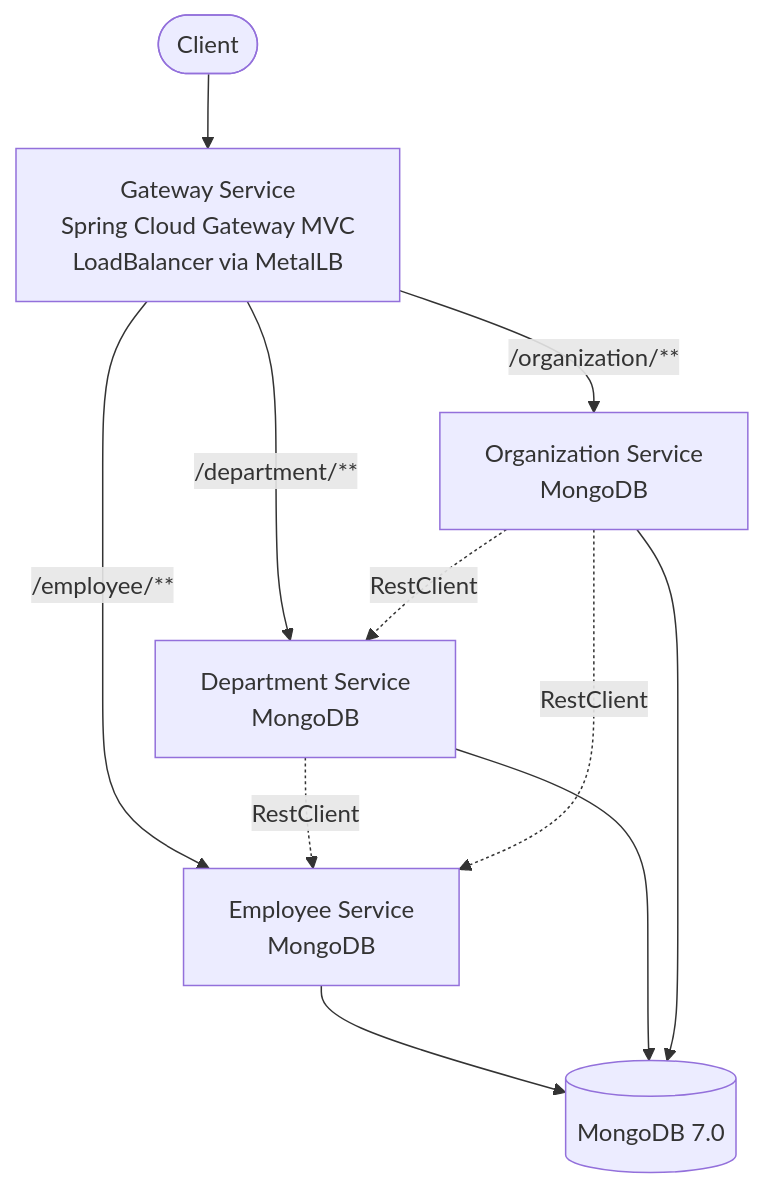
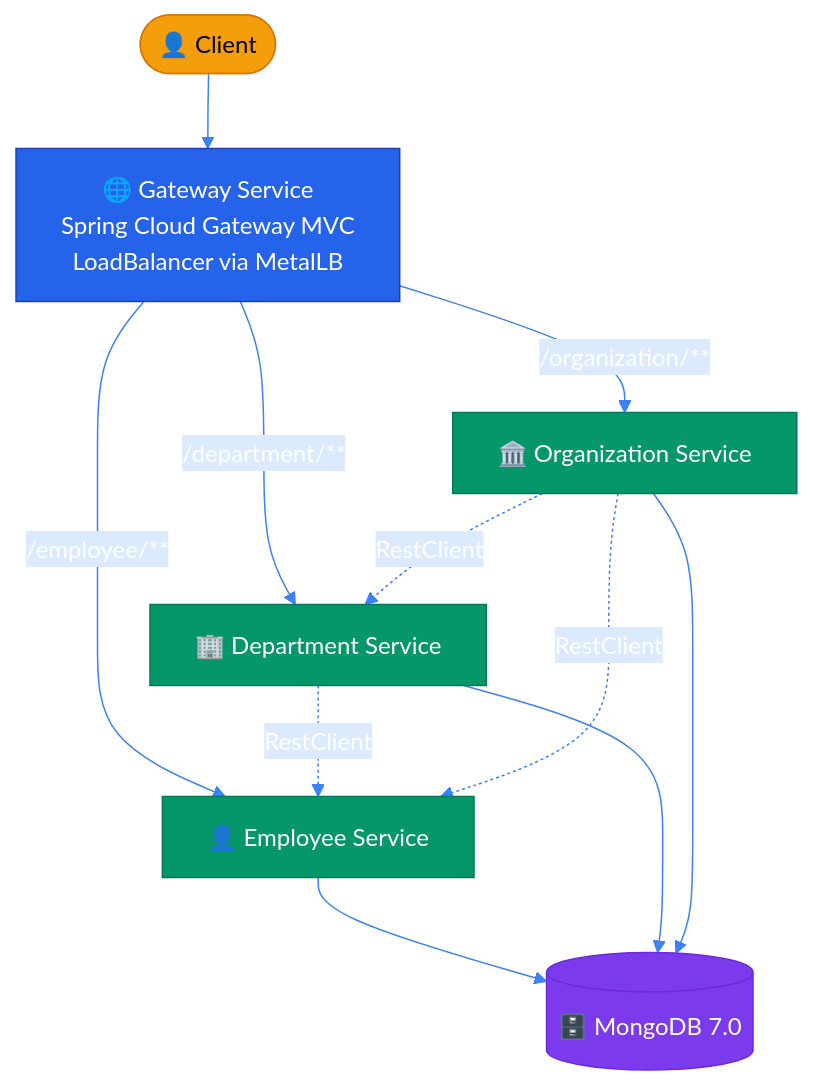
Before and after one commit to AndriyKalashnykov/spring-microservices-k8s: the diagram in README.md, drawn with Mermaid. The commit also changed 1 other file, not shown here.

Commit message:
docs: enhance Mermaid diagrams with custom colors and icons
- Add color-coded classDefs: gateway (blue), services (green),
  database (purple), client/LB (amber)
- Add emoji icons for visual hierarchy (👤🌐🏢🏛️🗄️☸⚖️)
- Add %%{init}%% theme blocks for consistent base styling
- Use monospace font for DNS naming diagram

````diff
--- a/README.md
+++ b/README.md
@@ -130,16 +130,35 @@
 ```mermaid
+%%{init: {'theme': 'base', 'themeVariables': {
+  'primaryColor': '#1e40af',
+  'primaryTextColor': '#ffffff',
+  'primaryBorderColor': '#1e3a5f',
+  'lineColor': '#3b82f6',
+  'secondaryColor': '#dbeafe',
+  'tertiaryColor': '#f0f9ff',
+  'fontFamily': 'arial'
+}}}%%
 graph TB
-    Client([Client]) --> Gateway[Gateway Service<br/>Spring Cloud Gateway MVC<br/>LoadBalancer via MetalLB]
+    Client([👤 Client]):::client --> Gateway[🌐 Gateway Service<br/>Spring Cloud Gateway MVC<br/>LoadBalancer via MetalLB]
 
-    Gateway -->|/employee/**| Employee[Employee Service<br/>MongoDB]
-    Gateway -->|/department/**| Department[Department Service<br/>MongoDB]
-    Gateway -->|/organization/**| Organization[Organization Service<br/>MongoDB]
+    Gateway -->|/employee/**| Employee[👤 Employee Service]
+    Gateway -->|/department/**| Department[🏢 Department Service]
+    Gateway -->|/organization/**| Organization[🏛️ Organization Service]
 
     Department -.->|RestClient| Employee
     Organization -.->|RestClient| Employee
     Organization -.->|RestClient| Department
 
-    Employee --> MongoDB[(MongoDB 7.0)]
+    Employee --> MongoDB[(🗄️ MongoDB 7.0)]
     Department --> MongoDB
     Organization --> MongoDB
+
+    classDef client fill:#f59e0b,stroke:#d97706,color:#000
+    classDef gateway fill:#2563eb,stroke:#1e40af,color:#fff
+    classDef service fill:#059669,stroke:#047857,color:#fff
+    classDef db fill:#7c3aed,stroke:#6d28d9,color:#fff
+
+    class Client client
+    class Gateway gateway
+    class Employee,Department,Organization service
+    class MongoDB db
 ```
````
